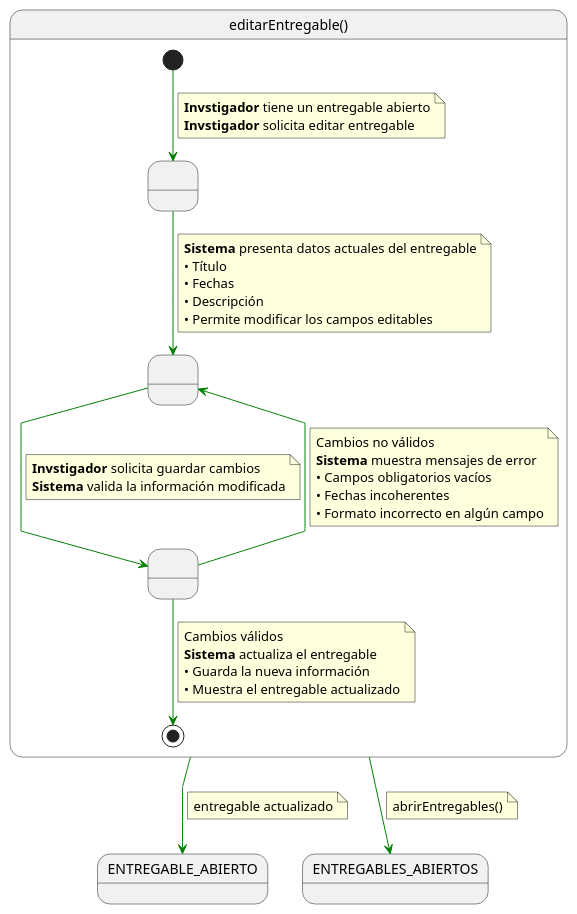
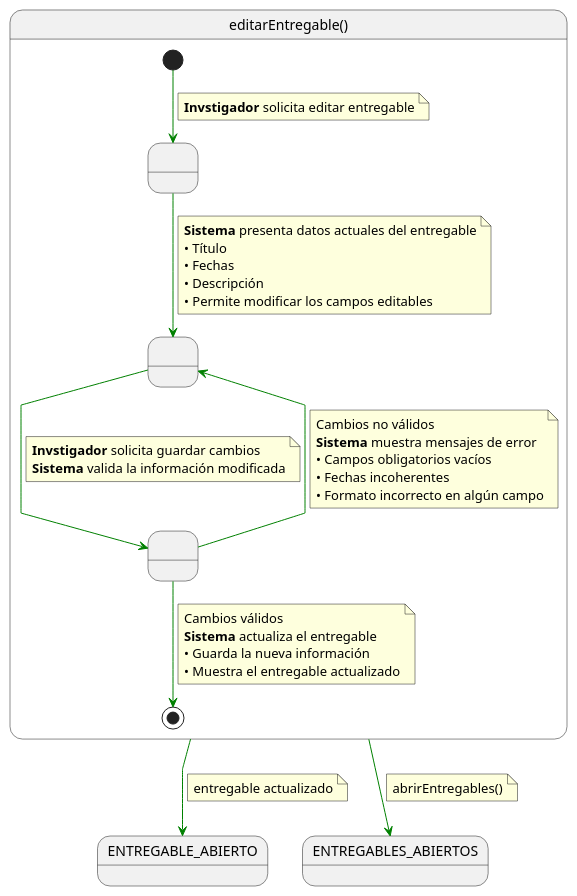
One commit to 31Diego/25-26-IdSw1-SdR changed the diagram in documents/CasosDeUso/investigador/02-gestion-entregables/editarEntregable/editarEntregable.puml. Above: the diagram before and after it, drawn with PlantUML.

Commit message:
fix/eliminacion de linea

```diff
--- a/documents/CasosDeUso/investigador/02-gestion-entregables/editarEntregable/editarEntregable.puml
+++ b/documents/CasosDeUso/investigador/02-gestion-entregables/editarEntregable/editarEntregable.puml
@@ -1,60 +1,59 @@
 @startuml editarEntregable
 
 skinparam linetype polyline
 
 state editarEntregable as "editarEntregable()" {
 
     state " " as MostrandoEntregable
     state " " as EditandoEntregable
     state " " as ValidandoCambios
 
     [*] -[#green]-> MostrandoEntregable
     note on link
-    <b>Invstigador</b> tiene un entregable abierto
     <b>Invstigador</b> solicita editar entregable
     end note
 
     MostrandoEntregable -[#green]-> EditandoEntregable
     note on link
     <b>Sistema</b> presenta datos actuales del entregable
     • Título
     • Fechas
     • Descripción
     • Permite modificar los campos editables
     end note
 
     EditandoEntregable -[#green]-> ValidandoCambios
     note on link
     <b>Invstigador</b> solicita guardar cambios
     <b>Sistema</b> valida la información modificada
     end note
 
     ValidandoCambios -[#green]-> EditandoEntregable
     note on link
     Cambios no válidos
     <b>Sistema</b> muestra mensajes de error
     • Campos obligatorios vacíos
     • Fechas incoherentes
     • Formato incorrecto en algún campo
     end note
 
     ValidandoCambios -[#green]-> [*]
     note on link
     Cambios válidos
     <b>Sistema</b> actualiza el entregable
     • Guarda la nueva información
     • Muestra el entregable actualizado
     end note
 }
 
 editarEntregable -[#green]-> ENTREGABLE_ABIERTO
 note on link
 entregable actualizado
 end note
 
 editarEntregable -[#green]-> ENTREGABLES_ABIERTOS
 note on link
 abrirEntregables()
 end note
 
 @enduml
```
